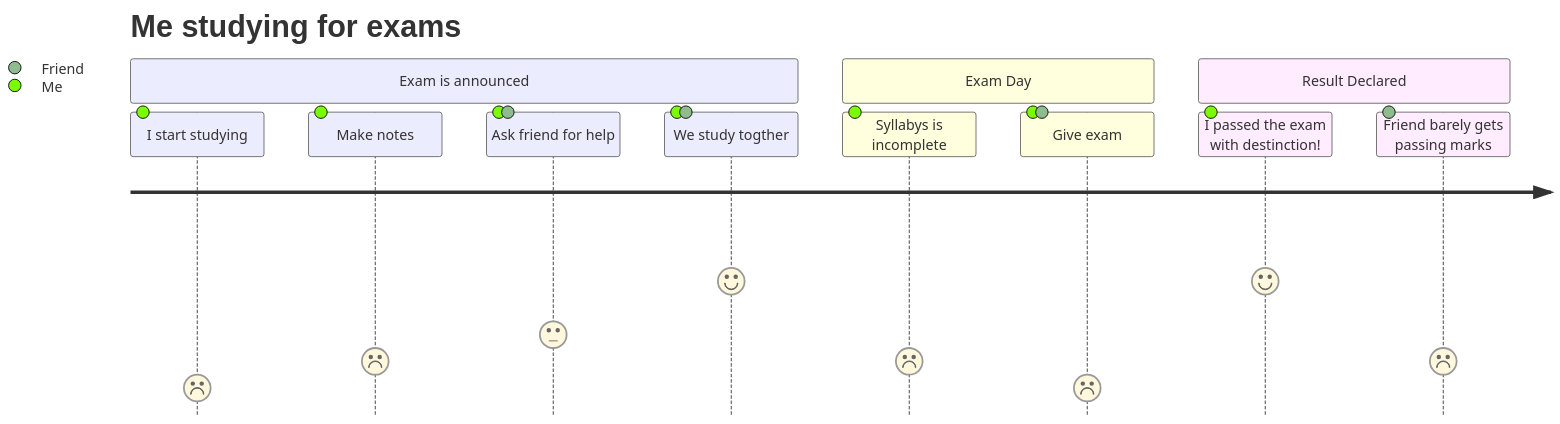
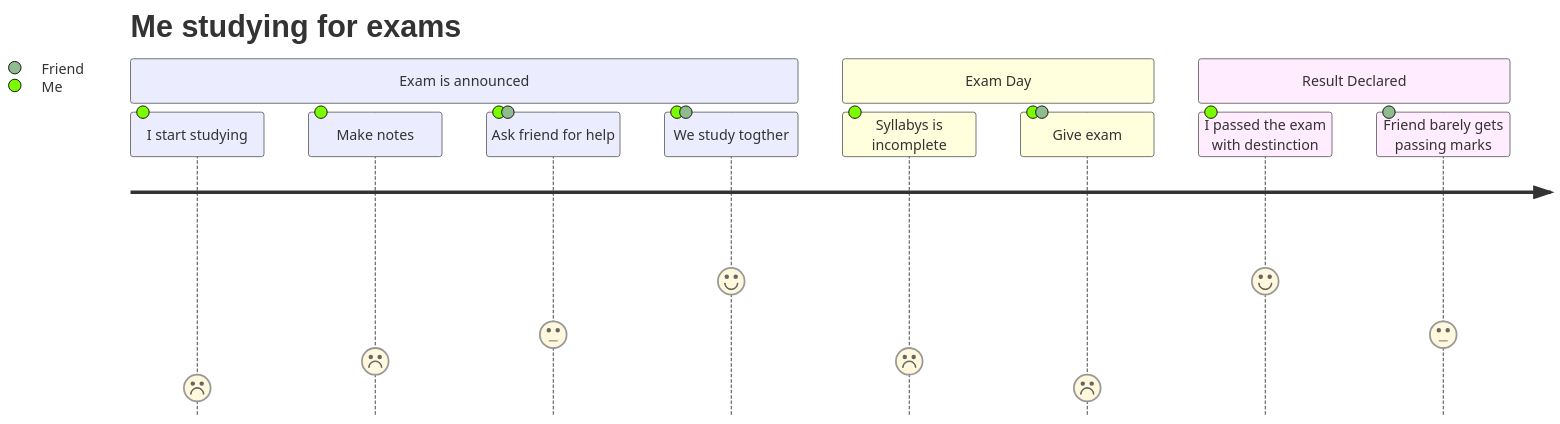
The diagram in efficiency.md (Kolanar/SystemDesign), drawn with Mermaid before and after one commit. The commit also changed 2 other files, not shown here.

````diff
--- a/efficiency.md
+++ b/efficiency.md
@@ -9,15 +9,15 @@
 ```mermaid
 journey
 	title Me studying for exams
 	section Exam is announced
 		I start studying: 1: Me
 		Make notes: 2: Me
 		Ask friend for help: 3: Me, Friend
 		We study togther: 5: Me, Friend
 	section Exam Day
 		Syllabys is incomplete: 2: Me
 		Give exam: 1: Me, Friend
 	section Result Declared
-		I passed the exam with destinction!: 5: Me
-		Friend barely gets passing marks: 2: Friend
+		I passed the exam with destinction: 5: Me
+		Friend barely gets passing marks: 3: Friend
 ```
````
